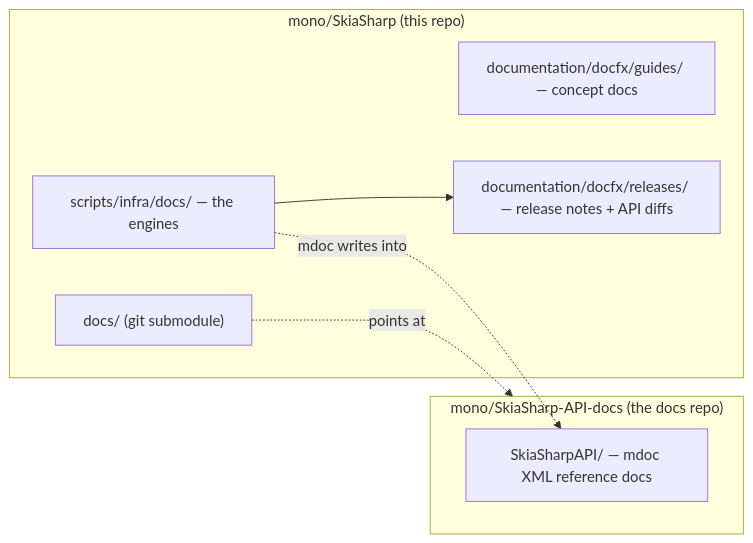
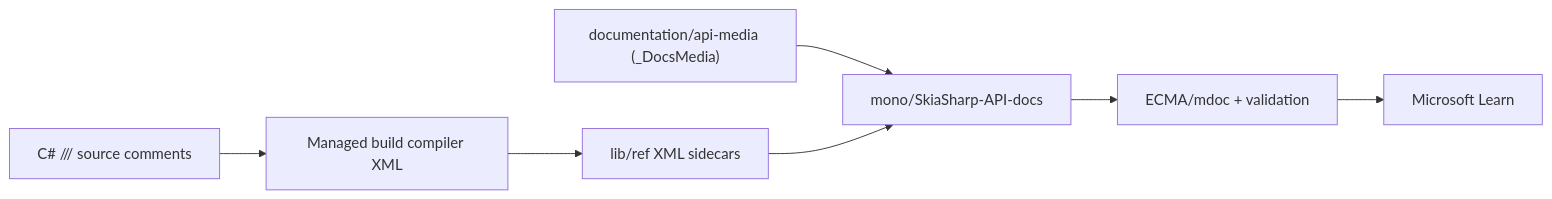
The diagram in documentation/dev/docs-overview.md (mono/SkiaSharp), drawn with Mermaid before and after one commit. The commit also changed other lines of this file and 47 other files, not shown here.

First line of the commit message:
Align documentation workflows with compiler XML (#5080)

````diff
--- a/documentation/dev/docs-overview.md
+++ b/documentation/dev/docs-overview.md
@@ -51,15 +19,9 @@
 ```mermaid
 flowchart LR
-  subgraph A["mono/SkiaSharp (this repo)"]
-    conceptual["documentation/docfx/guides/ — concept docs"]
-    releases["documentation/docfx/releases/ — release notes + API diffs"]
-    engines["scripts/infra/docs/ — the engines"]
-    submodule["docs/ (git submodule)"]
-  end
-  subgraph B["mono/SkiaSharp-API-docs (the docs repo)"]
-    xml["SkiaSharpAPI/ — mdoc XML reference docs"]
-  end
-  submodule -. "points at" .-> B
-  engines --> releases
-  engines -. "mdoc writes into" .-> xml
+  Source["C# /// source comments"] --> Build["Managed build compiler XML"]
+  Build --> Package["lib/ref XML sidecars"]
+  Media["documentation/api-media (_DocsMedia)"] --> External
+  Package --> External["mono/SkiaSharp-API-docs"]
+  External --> ECMA["ECMA/mdoc + validation"]
+  ECMA --> Learn["Microsoft Learn"]
 ```
````
